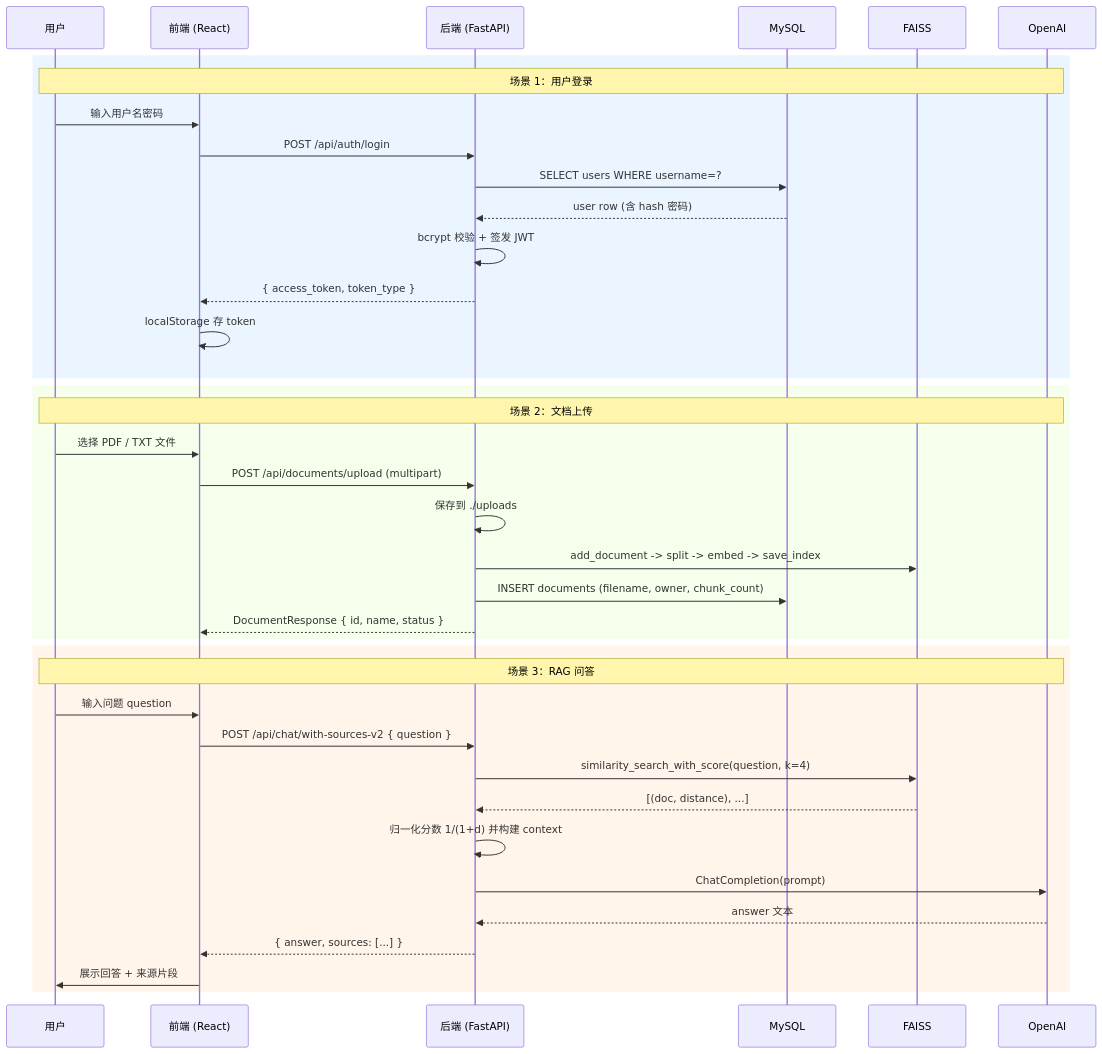
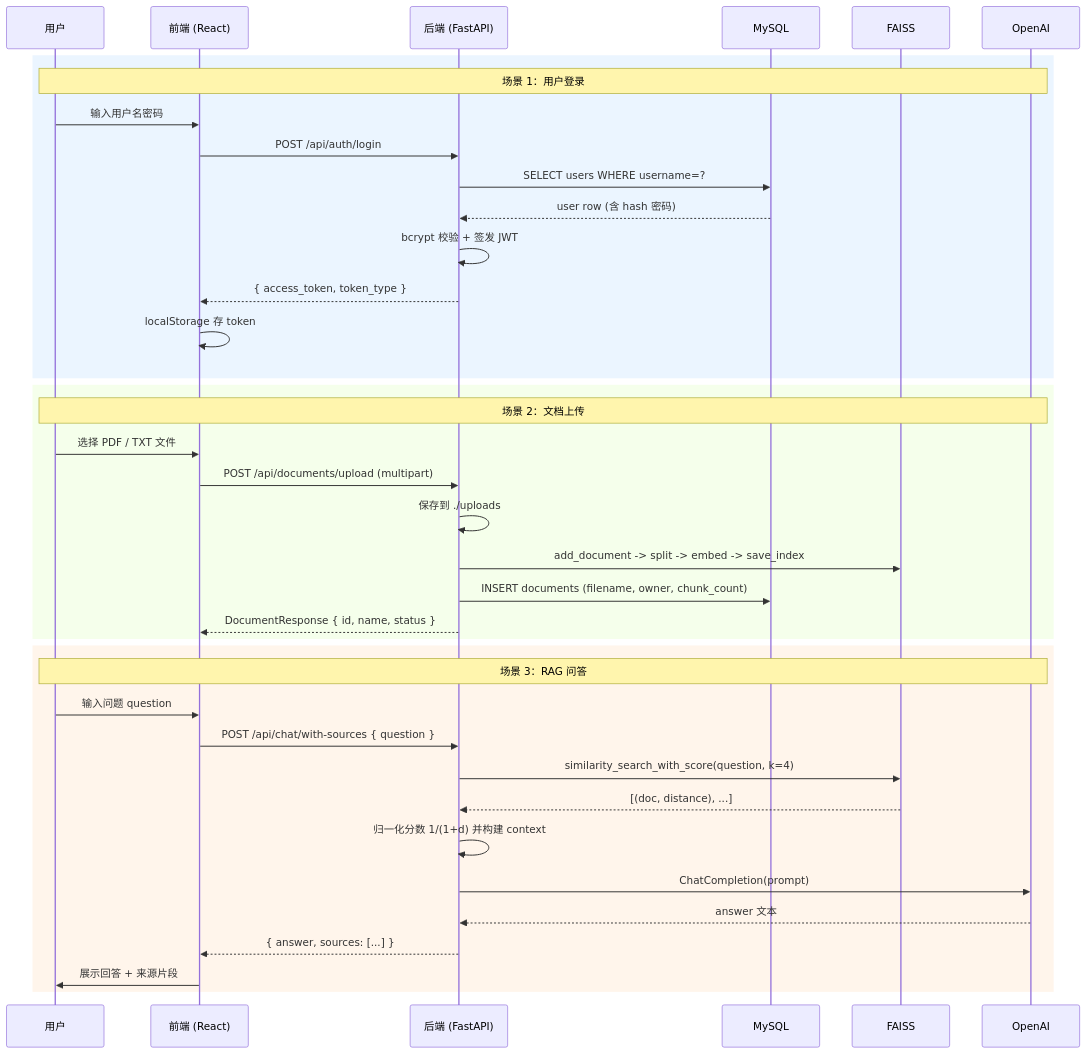
The third of 4 diagrams in enterprise-ai-assistant/docs/architecture.md (xzz-78/Enterprise-Ai-Assistant), drawn with Mermaid before and after one commit. The commit also changed 9 other files, not shown here.

````diff
--- a/enterprise-ai-assistant/docs/architecture.md
+++ b/enterprise-ai-assistant/docs/architecture.md
@@ -91,46 +91,46 @@
 ```mermaid
 sequenceDiagram
     participant U as 用户
     participant FE as 前端 (React)
     participant BE as 后端 (FastAPI)
     participant DB as MySQL
     participant VS as FAISS
     participant AI as OpenAI
 
     %% 场景 1：登录
     rect rgb(235, 245, 255)
     Note over U,AI: 场景 1：用户登录
     U->>FE: 输入用户名密码
     FE->>BE: POST /api/auth/login
     BE->>DB: SELECT users WHERE username=?
     DB-->>BE: user row (含 hash 密码)
     BE->>BE: bcrypt 校验 + 签发 JWT
     BE-->>FE: { access_token, token_type }
     FE->>FE: localStorage 存 token
     end
 
     %% 场景 2：上传文档
     rect rgb(245, 255, 235)
     Note over U,AI: 场景 2：文档上传
     U->>FE: 选择 PDF / TXT 文件
     FE->>BE: POST /api/documents/upload (multipart)
     BE->>BE: 保存到 ./uploads
     BE->>VS: add_document -> split -> embed -> save_index
     BE->>DB: INSERT documents (filename, owner, chunk_count)
     BE-->>FE: DocumentResponse { id, name, status }
     end
 
     %% 场景 3：RAG 问答
     rect rgb(255, 245, 235)
     Note over U,AI: 场景 3：RAG 问答
     U->>FE: 输入问题 question
-    FE->>BE: POST /api/chat/with-sources-v2 { question }
+    FE->>BE: POST /api/chat/with-sources { question }
     BE->>VS: similarity_search_with_score(question, k=4)
     VS-->>BE: [(doc, distance), ...]
     BE->>BE: 归一化分数 1/(1+d) 并构建 context
     BE->>AI: ChatCompletion(prompt)
     AI-->>BE: answer 文本
     BE-->>FE: { answer, sources: [...] }
     FE->>U: 展示回答 + 来源片段
     end
 ```
````
